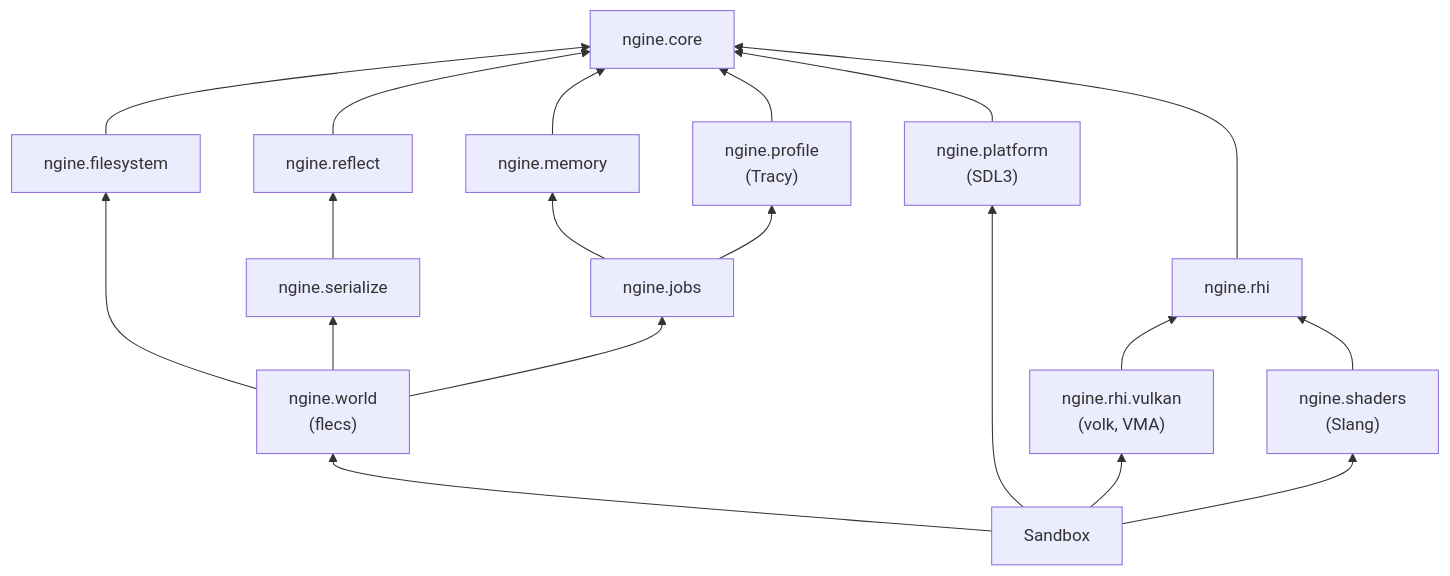
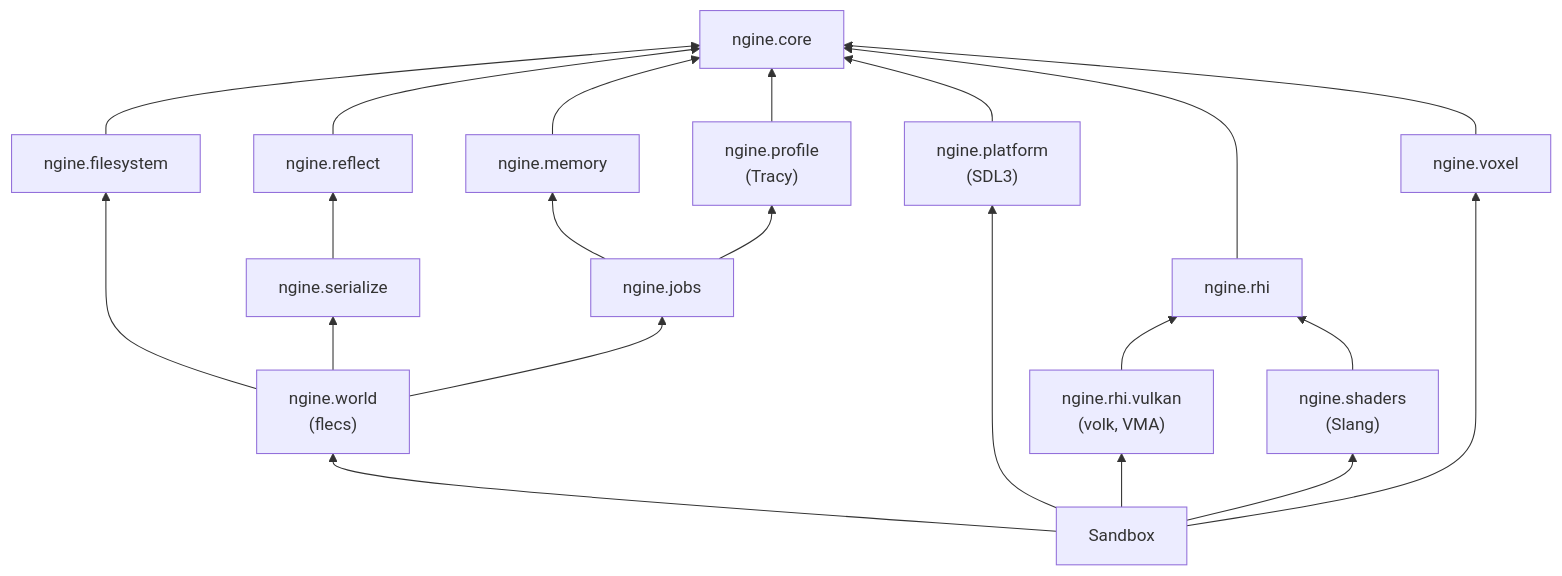
The second of 7 diagrams in docs/architecture.md (viiez/ngine), drawn with Mermaid before and after one commit. The commit also changed other lines of this file and 39 other files, not shown here.

````diff
--- a/docs/architecture.md
+++ b/docs/architecture.md
@@ -43,34 +43,37 @@
 ```mermaid
 flowchart BT
     core["ngine.core"]
     memory["ngine.memory"]
     jobs["ngine.jobs"]
     profile["ngine.profile<br/>(Tracy)"]
     platform["ngine.platform<br/>(SDL3)"]
     rhi["ngine.rhi"]
     vulkan["ngine.rhi.vulkan<br/>(volk, VMA)"]
     shaders["ngine.shaders<br/>(Slang)"]
     fs["ngine.filesystem"]
     reflect["ngine.reflect"]
     serialize["ngine.serialize"]
     world["ngine.world<br/>(flecs)"]
+    voxel["ngine.voxel"]
     sandbox["Sandbox"]
     fs --> core
     reflect --> core
     serialize --> reflect
     world --> serialize
     world --> jobs
     world --> fs
     memory --> core
     jobs --> memory
     jobs --> profile
     profile --> core
     platform --> core
     rhi --> core
     vulkan --> rhi
     shaders --> rhi
     sandbox --> platform
     sandbox --> vulkan
     sandbox --> shaders
     sandbox --> world
+    voxel --> core
+    sandbox --> voxel
 ```
````
